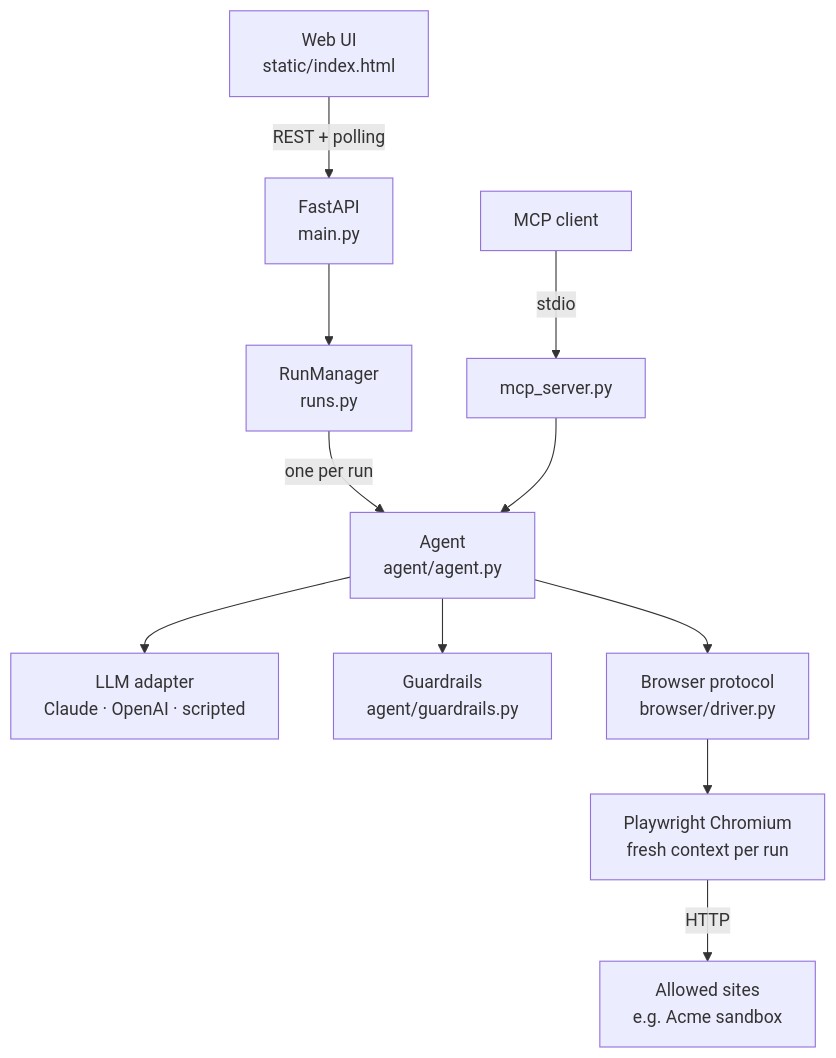
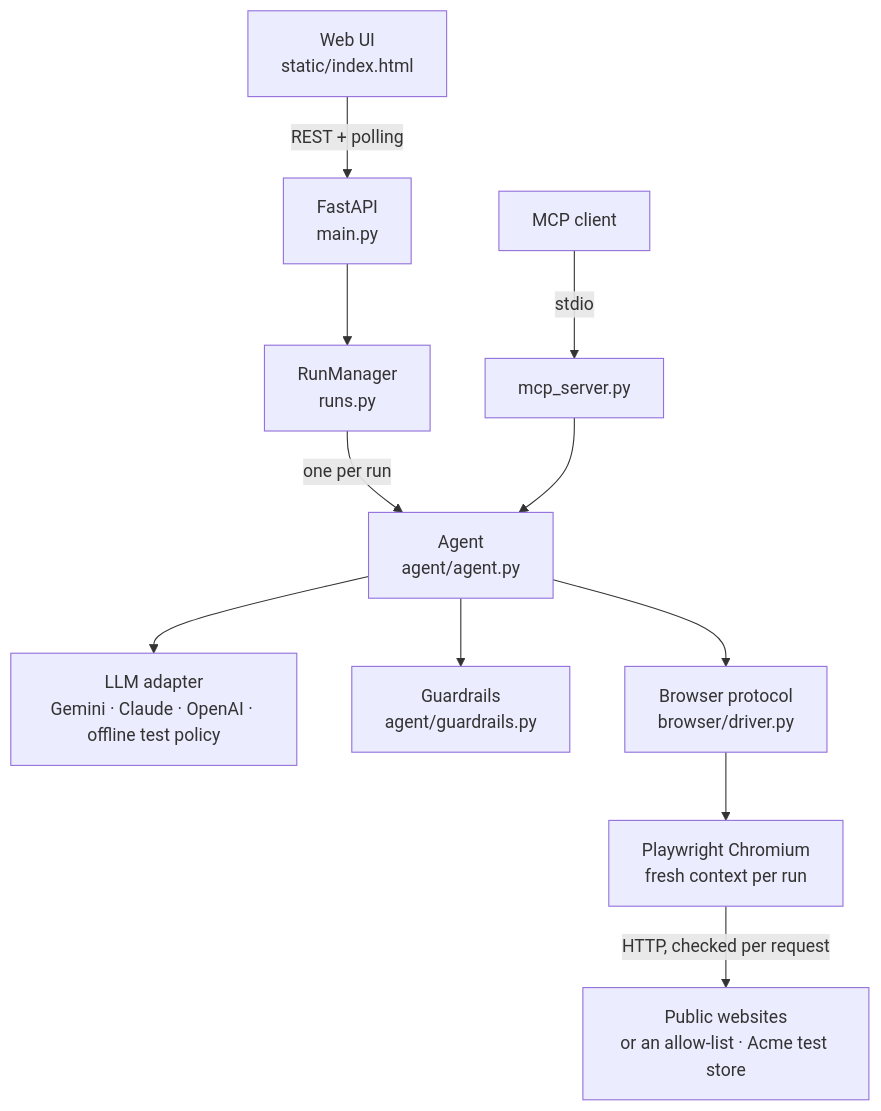
Before and after one commit to GustavoPFARIA/webpilot-agent: the diagram in docs/architecture.md, drawn with Mermaid. The commit also changed 15 other files, not shown here.

````diff
--- a/docs/architecture.md
+++ b/docs/architecture.md
@@ -5,13 +5,13 @@
 ```mermaid
 flowchart TB
     UI[Web UI<br/>static/index.html] -->|REST + polling| API[FastAPI<br/>main.py]
     MCPC[MCP client] -->|stdio| MCP[mcp_server.py]
     API --> RM[RunManager<br/>runs.py]
     RM -->|one per run| AG[Agent<br/>agent/agent.py]
     MCP --> AG
-    AG --> LLM[LLM adapter<br/>Claude · OpenAI · scripted]
+    AG --> LLM[LLM adapter<br/>Gemini · Claude · OpenAI · offline test policy]
     AG --> GR[Guardrails<br/>agent/guardrails.py]
     AG --> BR[Browser protocol<br/>browser/driver.py]
     BR --> PW[Playwright Chromium<br/>fresh context per run]
-    PW -->|HTTP| SITE[Allowed sites<br/>e.g. Acme sandbox]
+    PW -->|HTTP, checked per request| SITE[Public websites<br/>or an allow-list · Acme test store]
 ```
````
